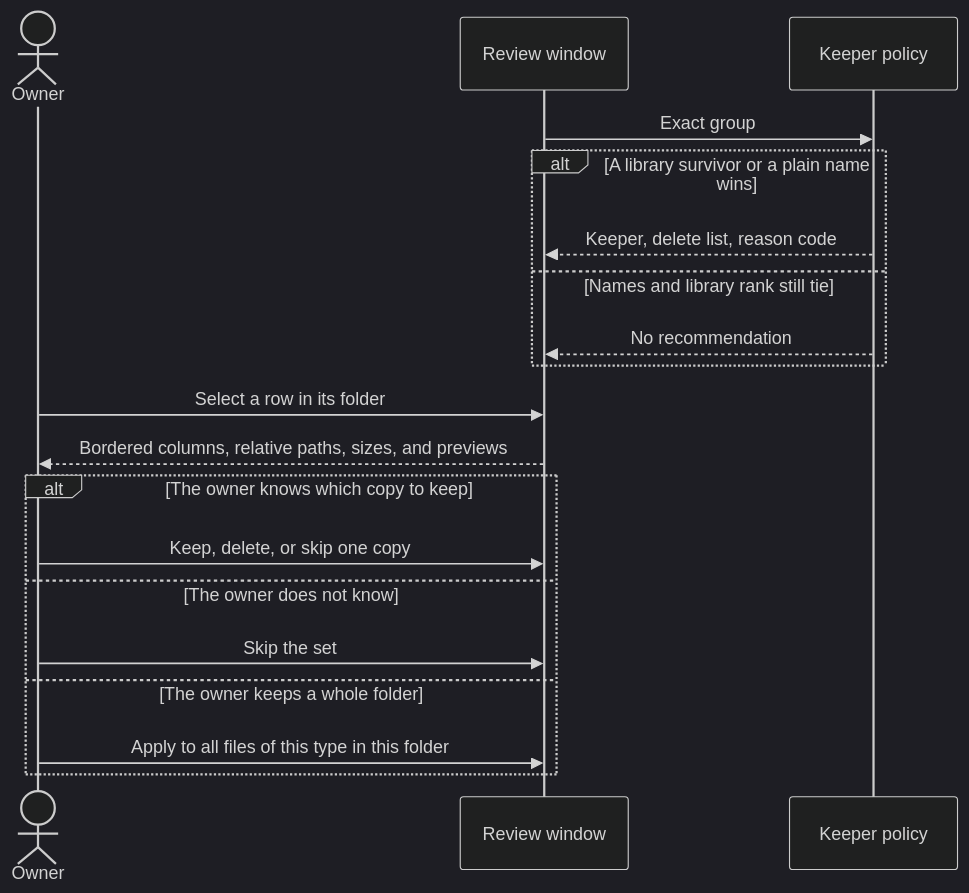
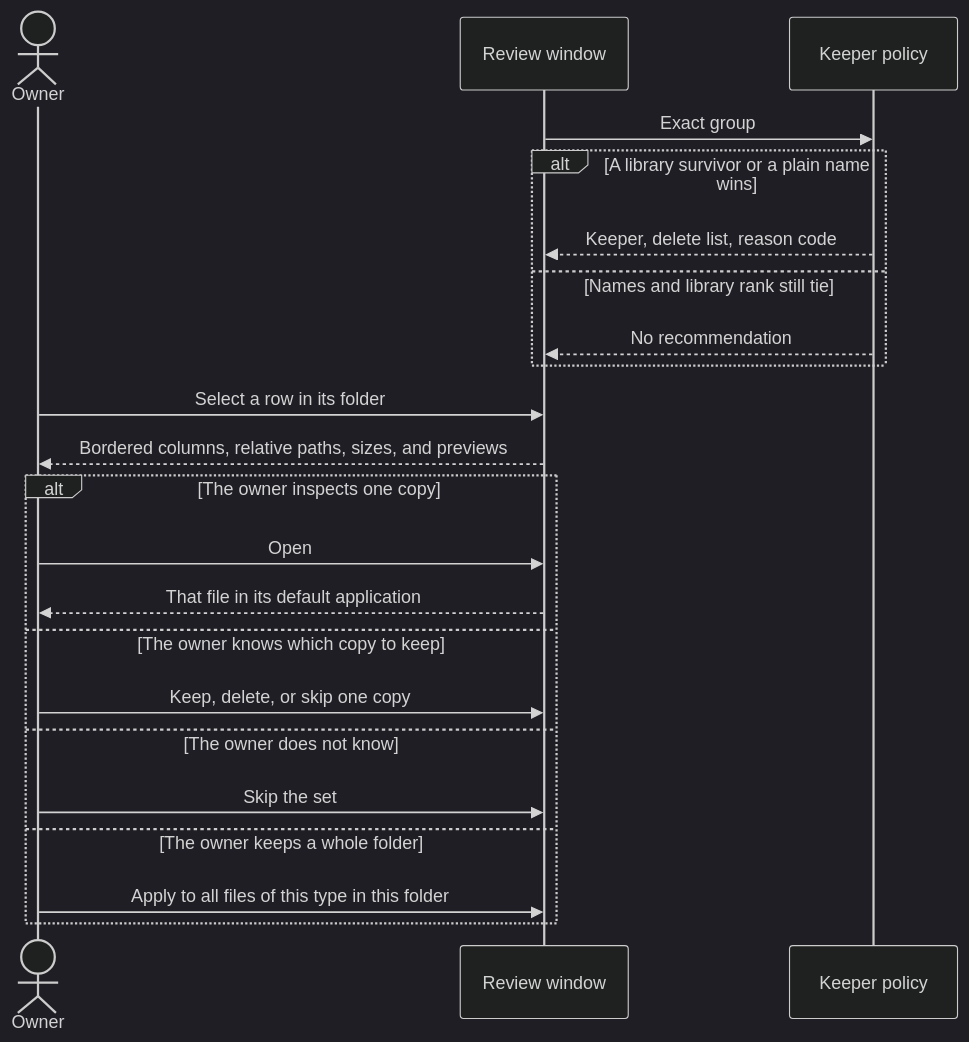
The third of 8 diagrams in docs/use-cases.md (cionz0/hdsort), drawn with Mermaid (dark theme) before and after one commit. The commit also changed other lines of this file and 12 other files, not shown here.

Commit message:
Open a copy in the default application without recording a decision.

````diff
--- a/docs/use-cases.md
+++ b/docs/use-cases.md
@@ -63,21 +63,24 @@
 ```mermaid
 sequenceDiagram
   actor Owner
   participant Window as Review window
   participant Policy as Keeper policy
   Window->>Policy: Exact group
   alt A library survivor or a plain name wins
     Policy-->>Window: Keeper, delete list, reason code
   else Names and library rank still tie
     Policy-->>Window: No recommendation
   end
   Owner->>Window: Select a row in its folder
   Window-->>Owner: Bordered columns, relative paths, sizes, and previews
-  alt The owner knows which copy to keep
+  alt The owner inspects one copy
+    Owner->>Window: Open
+    Window-->>Owner: That file in its default application
+  else The owner knows which copy to keep
     Owner->>Window: Keep, delete, or skip one copy
   else The owner does not know
     Owner->>Window: Skip the set
   else The owner keeps a whole folder
     Owner->>Window: Apply to all files of this type in this folder
   end
 ```
````
